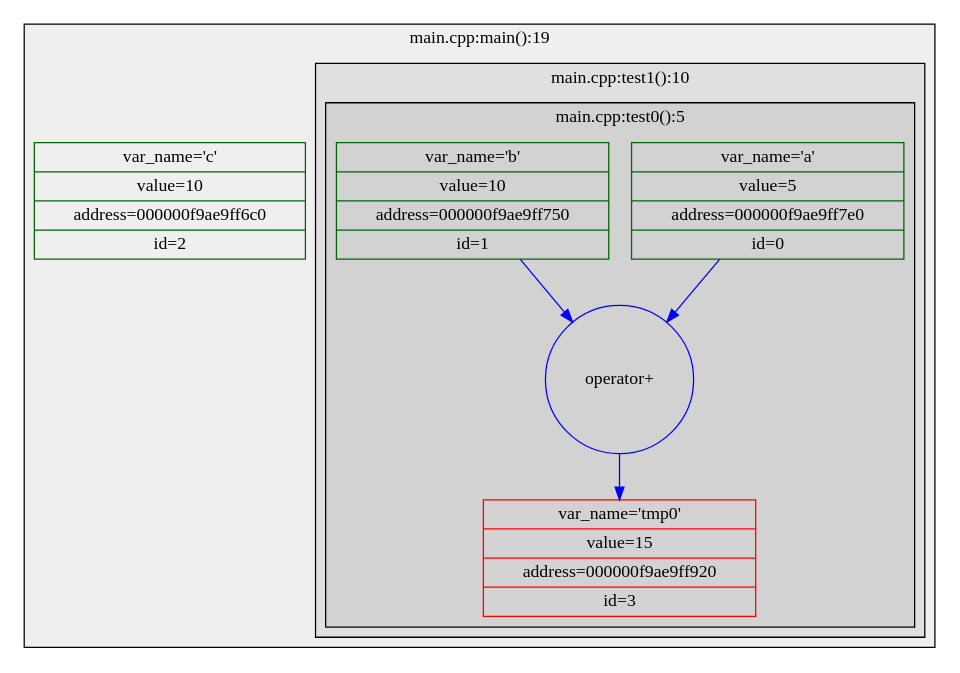
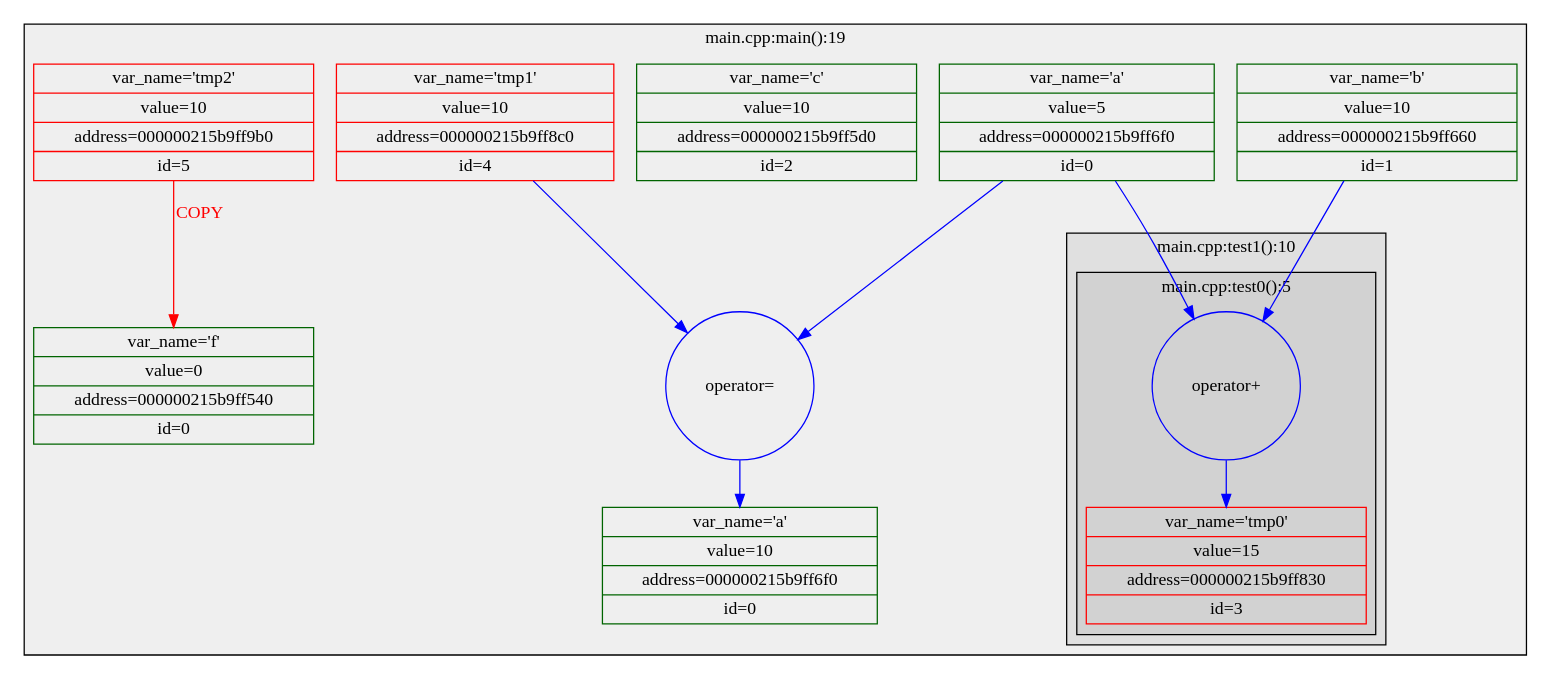
One commit to deGekata/IntSpector changed the diagram in 5MyInt.dot. Above: the diagram before and after it, drawn with Graphviz. The commit also changed 10 other files, not shown here.

```diff
--- a/5MyInt.dot
+++ b/5MyInt.dot
@@ -1,30 +1,39 @@
 digraph G {
 node [shape=record];
 fontname="Roboto Mono"
 subgraph cluster1 {
 color=black
 style=filled
 fillcolor="#00000010"
 label="main.cpp:main():19"
-a_0_0 [color=darkgreen, label="{var_name='a'|value=5|address=000000f9ae9ff7e0|id=0}"]
-b_1_0 [color=darkgreen, label="{var_name='b'|value=10|address=000000f9ae9ff750|id=1}"]
-c_2_0 [color=darkgreen, label="{var_name='c'|value=10|address=000000f9ae9ff6c0|id=2}"]
+a_0_0 [color=darkgreen, label="{var_name='a'|value=5|address=000000215b9ff6f0|id=0}"]
+b_1_0 [color=darkgreen, label="{var_name='b'|value=10|address=000000215b9ff660|id=1}"]
+c_2_0 [color=darkgreen, label="{var_name='c'|value=10|address=000000215b9ff5d0|id=2}"]
 subgraph cluster2 {
 color=black
 style=filled
 fillcolor="#00000010"
 label="main.cpp:test1():10"
 subgraph cluster3 {
 color=black
 style=filled
 fillcolor="#00000010"
 label="main.cpp:test0():5"
-tmp0_3_0 [color=red, label="{var_name='tmp0'|value=15|address=000000f9ae9ff920|id=3}"]
+tmp0_3_0 [color=red, label="{var_name='tmp0'|value=15|address=000000215b9ff830|id=3}"]
 op2 [color=blue, shape=circle, label="operator+"]
+}
+}
+tmp1_4_0 [color=red, label="{var_name='tmp1'|value=10|address=000000215b9ff8c0|id=4}"]
+op1 [color=blue, shape=circle, label="operator="]
+a_0_1 [color=darkgreen, label="{var_name='a'|value=10|address=000000215b9ff6f0|id=0}"]
+tmp2_5_0 [color=red, label="{var_name='tmp2'|value=10|address=000000215b9ff9b0|id=5}"]
+f_0_0 [color=darkgreen, label="{var_name='f'|value=0|address=000000215b9ff540|id=0}"]
+}
 a_0_0 -> op2 [color=blue, label="", fontcolor=""]
 b_1_0 -> op2 [color=blue, label="", fontcolor=""]
 op2 -> tmp0_3_0 [color=blue, label="", fontcolor=""]
+a_0_0 -> op1 [color=blue, label="", fontcolor=""]
+tmp1_4_0 -> op1 [color=blue, label="", fontcolor=""]
+op1 -> a_0_1 [color=blue, label="", fontcolor=""]
+tmp2_5_0 -> f_0_0 [color=red, label="COPY", fontcolor="red"]
 }
-}
-}
-}
```
